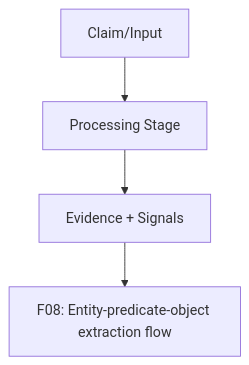
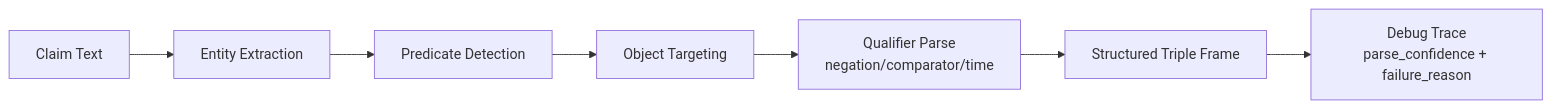
The third of 5 diagrams in methodology/figures/02-intake-and-claim-understanding-pack.md (Luxia-AI/docs), drawn with Mermaid before and after one commit. The commit also changed other lines of this file and 9 other files, not shown here.

First line of the commit message:
Refactor methodology figures with updated Mermaid diagrams and enhanced clarity across multiple packs. Key changes include:

````diff
--- a/methodology/figures/02-intake-and-claim-understanding-pack.md
+++ b/methodology/figures/02-intake-and-claim-understanding-pack.md
@@ -75,6 +86,11 @@
 ```mermaid
-flowchart TD
-    A[Claim/Input] --> B[Processing Stage]
-    B --> C[Evidence + Signals]
-    C --> D[F08: Entity-predicate-object extraction flow]
+flowchart LR
+  T[Claim Text] --> E[Entity Extraction]
+  E --> P[Predicate Detection]
+  P --> O[Object Targeting]
+  O --> Q[Qualifier Parse
+negation/comparator/time]
+  Q --> F[Structured Triple Frame]
+  F --> D[Debug Trace
+parse_confidence + failure_reason]
 ```
````
